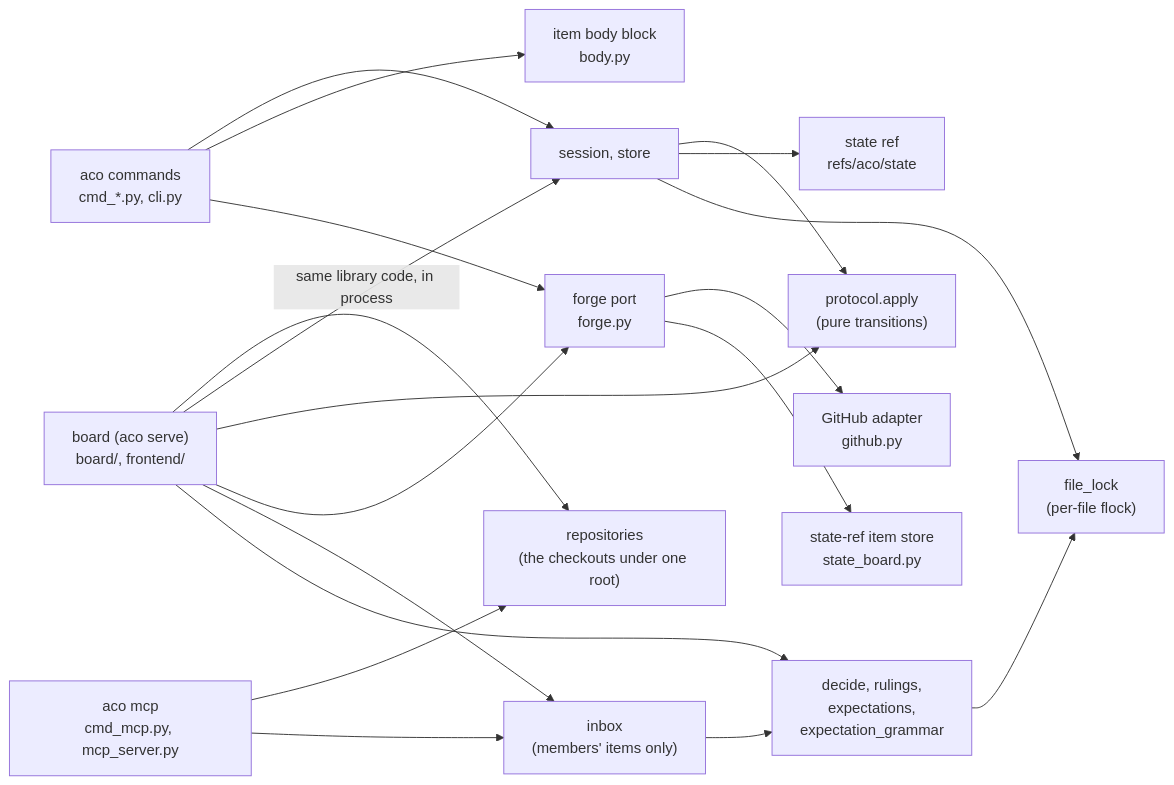
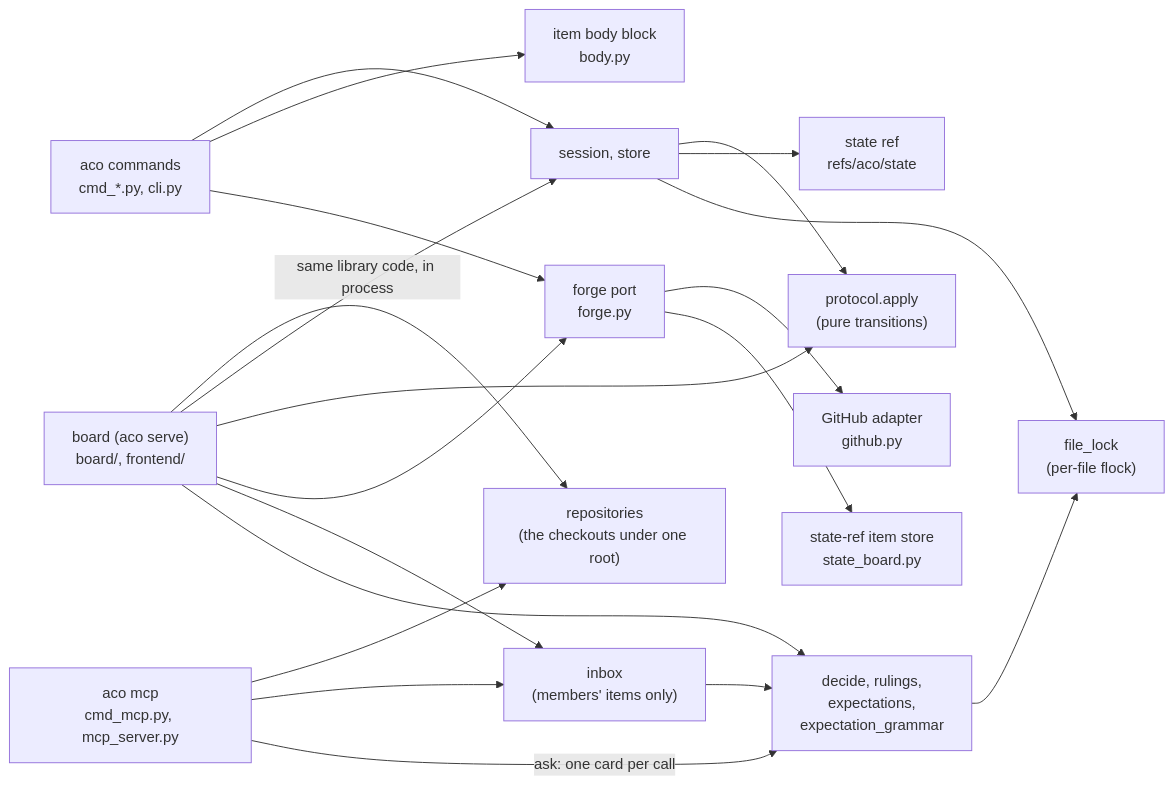
One commit to overnightworks/aco changed the second of 3 diagrams in docs/ARCHITECTURE.md. Above: the diagram before and after it, drawn with Mermaid. The commit also changed other lines of this file and 15 other files, not shown here.

````diff
--- a/docs/ARCHITECTURE.md
+++ b/docs/ARCHITECTURE.md
@@ -30,23 +31,24 @@
 ```mermaid
 flowchart LR
     CLI["aco commands<br/>cmd_*.py, cli.py"] --> Session["session, store"]
     Session --> Protocol["protocol.apply<br/>(pure transitions)"]
     Session --> Store["state ref<br/>refs/aco/state"]
     CLI --> Body["item body block<br/>body.py"]
     CLI --> Port["forge port<br/>forge.py"]
     Port --> GitHub["GitHub adapter<br/>github.py"]
     Port --> StateBoard["state-ref item store<br/>state_board.py"]
     Board["board (aco serve)<br/>board/, frontend/"]
     Mcp["aco mcp<br/>cmd_mcp.py, mcp_server.py"]
     Mcp --> Repos
     Mcp --> Inbox
+    Mcp -->|"ask: one card per call"| Dec
     Board --> Repos["repositories<br/>(the checkouts under one root)"]
     Board -->|"same library code, in process"| Session
     Board --> Protocol
     Board --> Port
     Board --> Inbox["inbox<br/>(members' items only)"]
     Inbox --> Dec
     Dec --> Lock["file_lock<br/>(per-file flock)"]
     Session --> Lock
     Board --> Dec["decide, rulings,<br/>expectations,<br/>expectation_grammar"]
 ```
````
